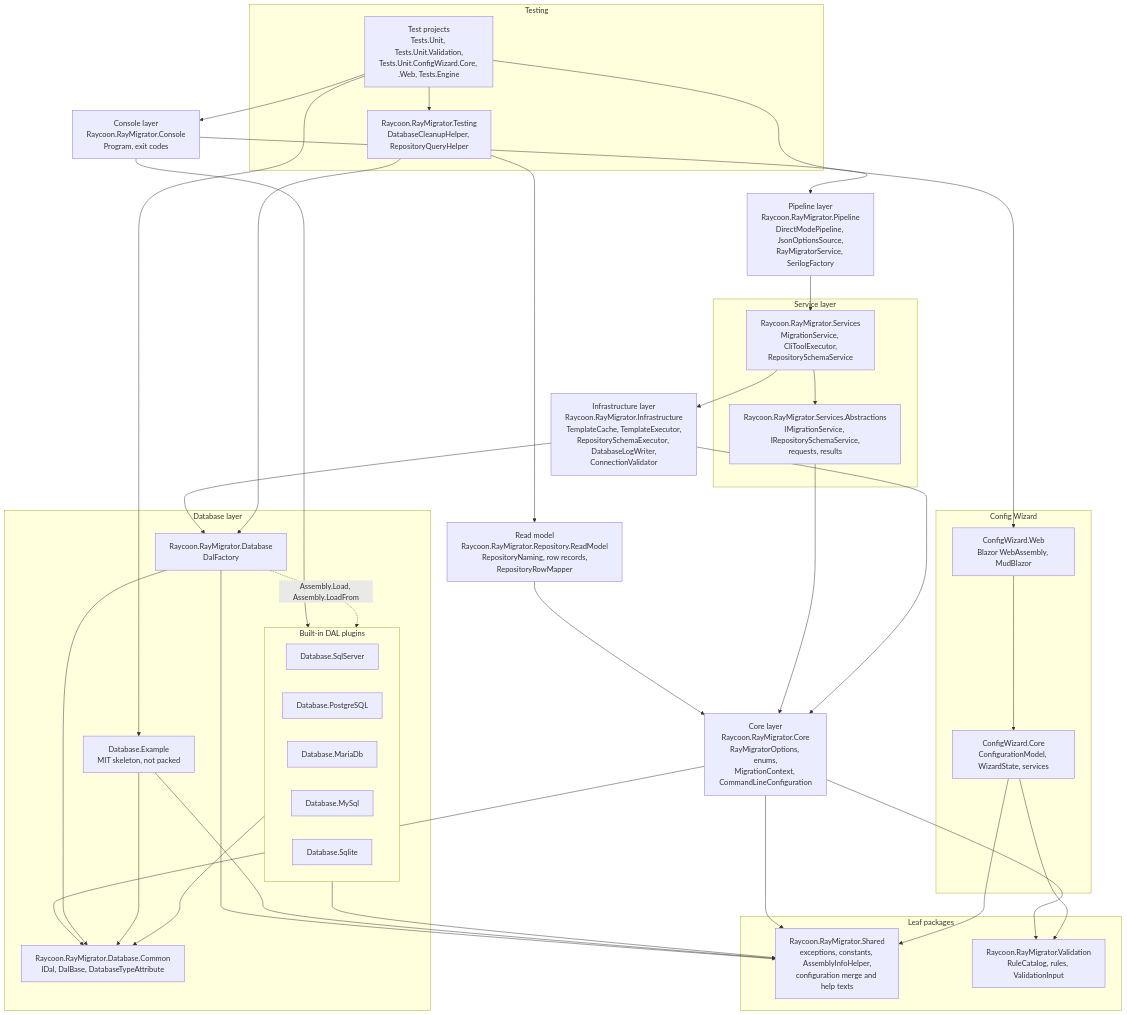
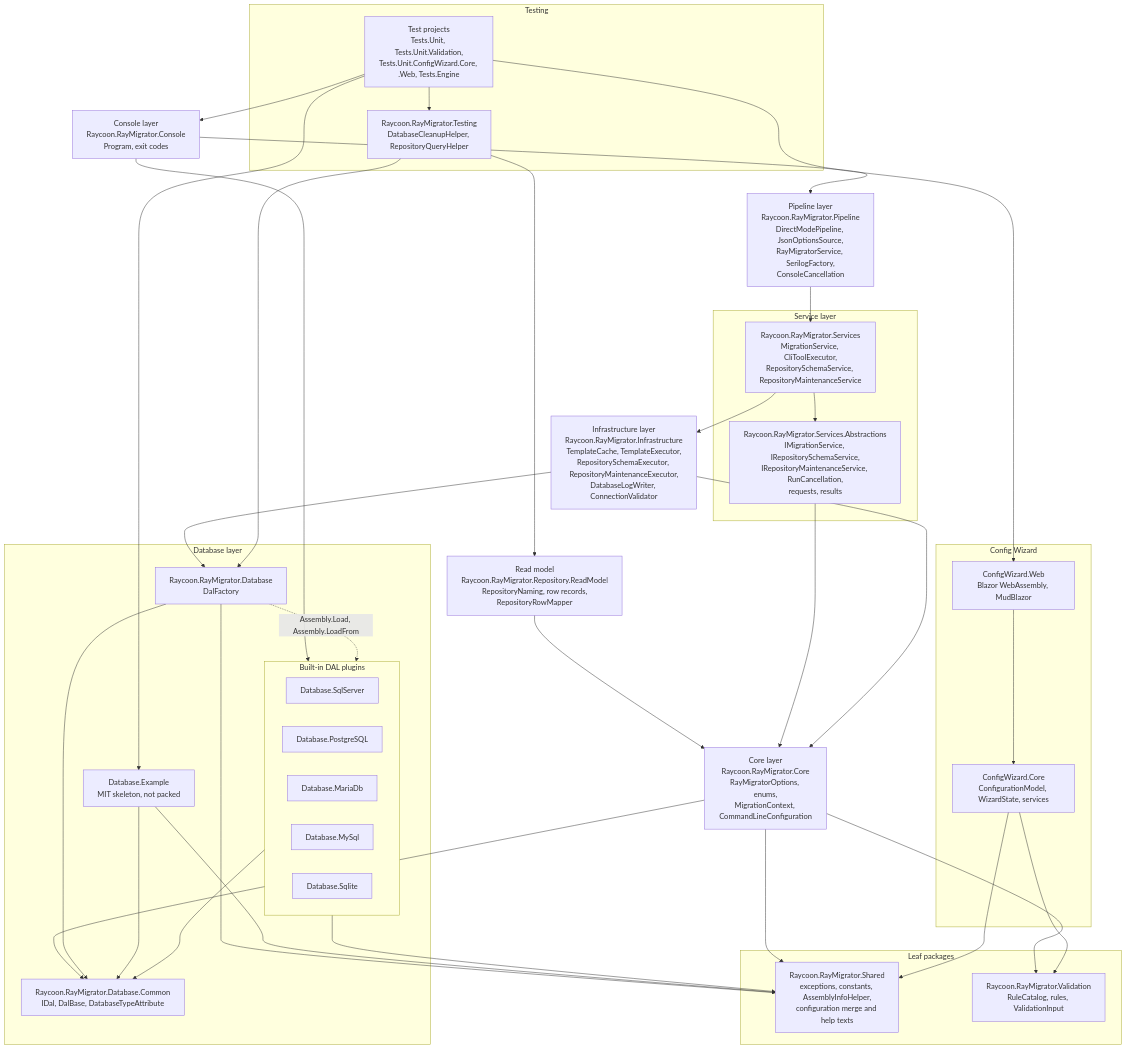
The first of 2 diagrams in Docs/arc42/05-Building-Block-View.md (RAYCOON/RayMigrator), drawn with Mermaid before and after one commit. The commit also changed other lines of this file and 136 other files, not shown here.

````diff
--- a/Docs/arc42/05-Building-Block-View.md
+++ b/Docs/arc42/05-Building-Block-View.md
@@ -23,65 +23,65 @@
 ```mermaid
 flowchart TB
     CON[Console layer<br/>Raycoon.RayMigrator.Console<br/>Program, exit codes]
-    PIPE[Pipeline layer<br/>Raycoon.RayMigrator.Pipeline<br/>DirectModePipeline, JsonOptionsSource,<br/>RayMigratorService, SerilogFactory]
+    PIPE[Pipeline layer<br/>Raycoon.RayMigrator.Pipeline<br/>DirectModePipeline, JsonOptionsSource,<br/>RayMigratorService, SerilogFactory,<br/>ConsoleCancellation]
     subgraph L_SVC[Service layer]
-        SVC[Raycoon.RayMigrator.Services<br/>MigrationService, CliToolExecutor,<br/>RepositorySchemaService]
-        SVCA[Raycoon.RayMigrator.Services.Abstractions<br/>IMigrationService, IRepositorySchemaService,<br/>requests, results]
+        SVC[Raycoon.RayMigrator.Services<br/>MigrationService, CliToolExecutor,<br/>RepositorySchemaService, RepositoryMaintenanceService]
+        SVCA[Raycoon.RayMigrator.Services.Abstractions<br/>IMigrationService, IRepositorySchemaService,<br/>IRepositoryMaintenanceService, RunCancellation,<br/>requests, results]
     end
-    INFRA[Infrastructure layer<br/>Raycoon.RayMigrator.Infrastructure<br/>TemplateCache, TemplateExecutor,<br/>RepositorySchemaExecutor, DatabaseLogWriter,<br/>ConnectionValidator]
+    INFRA[Infrastructure layer<br/>Raycoon.RayMigrator.Infrastructure<br/>TemplateCache, TemplateExecutor,<br/>RepositorySchemaExecutor, RepositoryMaintenanceExecutor,<br/>DatabaseLogWriter, ConnectionValidator]
     CORE[Core layer<br/>Raycoon.RayMigrator.Core<br/>RayMigratorOptions, enums,<br/>MigrationContext, CommandLineConfiguration]
     READMODEL[Read model<br/>Raycoon.RayMigrator.Repository.ReadModel<br/>RepositoryNaming, row records,<br/>RepositoryRowMapper]
     subgraph L_DB[Database layer]
         DB[Raycoon.RayMigrator.Database<br/>DalFactory]
         subgraph PLUG[Built-in DAL plugins]
             SQL[Database.SqlServer]
             PG[Database.PostgreSQL]
             MDB[Database.MariaDb]
             MY[Database.MySql]
             LITE[Database.Sqlite]
         end
         EX[Database.Example<br/>MIT skeleton, not packed]
         COMMON[Raycoon.RayMigrator.Database.Common<br/>IDal, DalBase, DatabaseTypeAttribute]
     end
     subgraph L_LEAF[Leaf packages]
         SHARED[Raycoon.RayMigrator.Shared<br/>exceptions, constants, AssemblyInfoHelper,<br/>configuration merge and help texts]
         VAL[Raycoon.RayMigrator.Validation<br/>RuleCatalog, rules, ValidationInput]
     end
     subgraph L_CW[Config Wizard]
         CWW[ConfigWizard.Web<br/>Blazor WebAssembly, MudBlazor]
         CWC[ConfigWizard.Core<br/>ConfigurationModel, WizardState, services]
     end
     subgraph L_TEST[Testing]
         TESTING[Raycoon.RayMigrator.Testing<br/>DatabaseCleanupHelper, RepositoryQueryHelper]
         TESTS[Test projects<br/>Tests.Unit, Tests.Unit.Validation,<br/>Tests.Unit.ConfigWizard.Core, .Web, Tests.Engine]
     end
 
     CON --> PIPE
     CON --> PLUG
     READMODEL --> CORE
     TESTING --> READMODEL
     PIPE --> SVC
     SVC --> SVCA
     SVC --> INFRA
     SVCA --> CORE
     INFRA --> CORE
     INFRA --> DB
     CORE --> COMMON
     CORE --> SHARED
     CORE --> VAL
     DB --> COMMON
     DB --> SHARED
     PLUG --> COMMON
     PLUG --> SHARED
     EX --> COMMON
     EX --> SHARED
     DB -.->|Assembly.Load, Assembly.LoadFrom| PLUG
     TESTING --> DB
     CWW --> CWC
     CWC --> VAL
     CWC --> SHARED
     TESTS --> CON
     TESTS --> TESTING
     TESTS --> EX
     TESTS --> CWW
 ```
````
